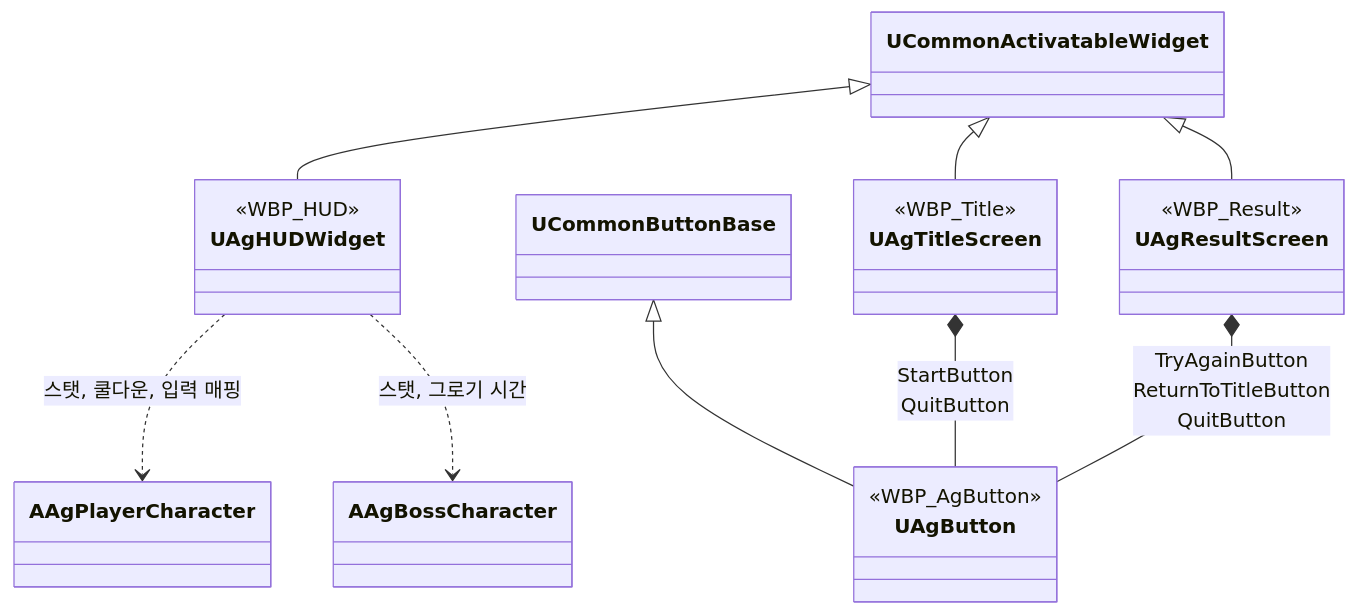
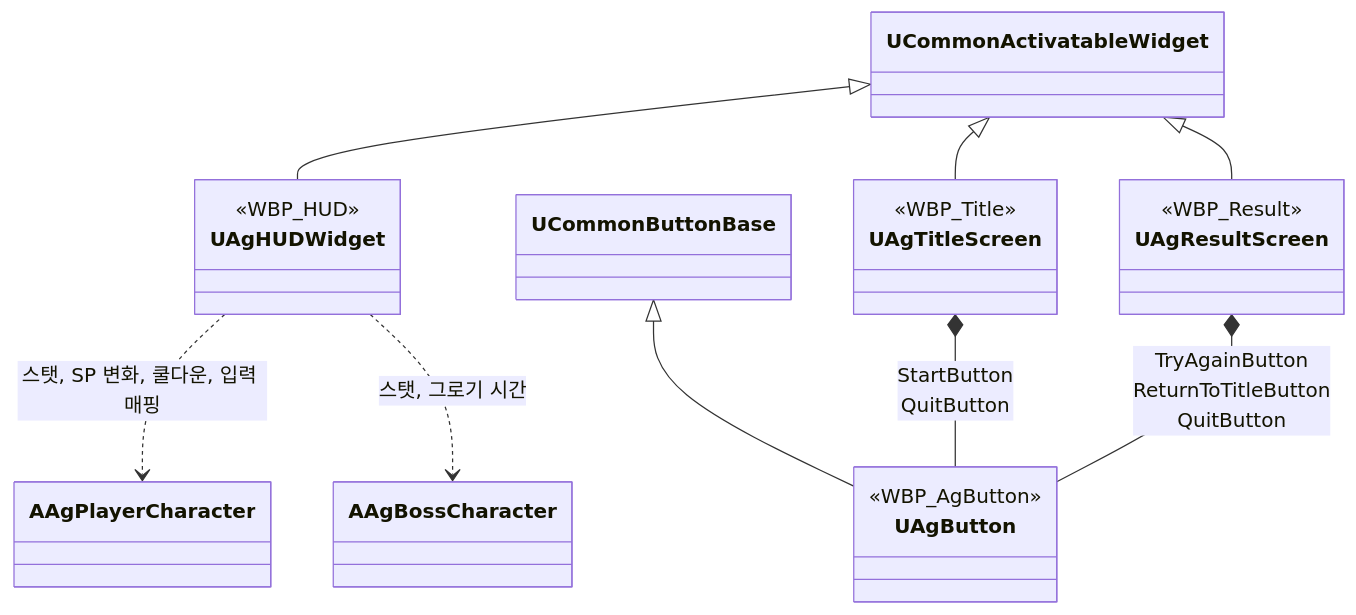
The third of 5 diagrams in Docs/Program/카메라, HUD, 화면 UI, 게임 플로우.md (Woogl/Ag), drawn with Mermaid before and after one commit. The commit also changed other lines of this file and 5 other files, not shown here.

````diff
--- a/Docs/Program/카메라, HUD, 화면 UI, 게임 플로우.md
+++ b/Docs/Program/카메라, HUD, 화면 UI, 게임 플로우.md
@@ -89,25 +89,25 @@
 ```mermaid
 classDiagram
     direction TB
     class UAgHUDWidget {
         <<WBP_HUD>>
     }
     class UAgTitleScreen {
         <<WBP_Title>>
     }
     class UAgResultScreen {
         <<WBP_Result>>
     }
     class UAgButton {
         <<WBP_AgButton>>
     }
     UCommonActivatableWidget <|-- UAgHUDWidget
     UCommonActivatableWidget <|-- UAgTitleScreen
     UCommonActivatableWidget <|-- UAgResultScreen
     UCommonButtonBase <|-- UAgButton
 
     UAgTitleScreen *-- UAgButton : StartButton<br>QuitButton
     UAgResultScreen *-- UAgButton : TryAgainButton<br>ReturnToTitleButton<br>QuitButton
-    UAgHUDWidget ..> AAgPlayerCharacter : 스탯, 쿨다운, 입력 매핑
+    UAgHUDWidget ..> AAgPlayerCharacter : 스탯, SP 변화, 쿨다운, 입력 매핑
     UAgHUDWidget ..> AAgBossCharacter : 스탯, 그로기 시간
 ```
````
